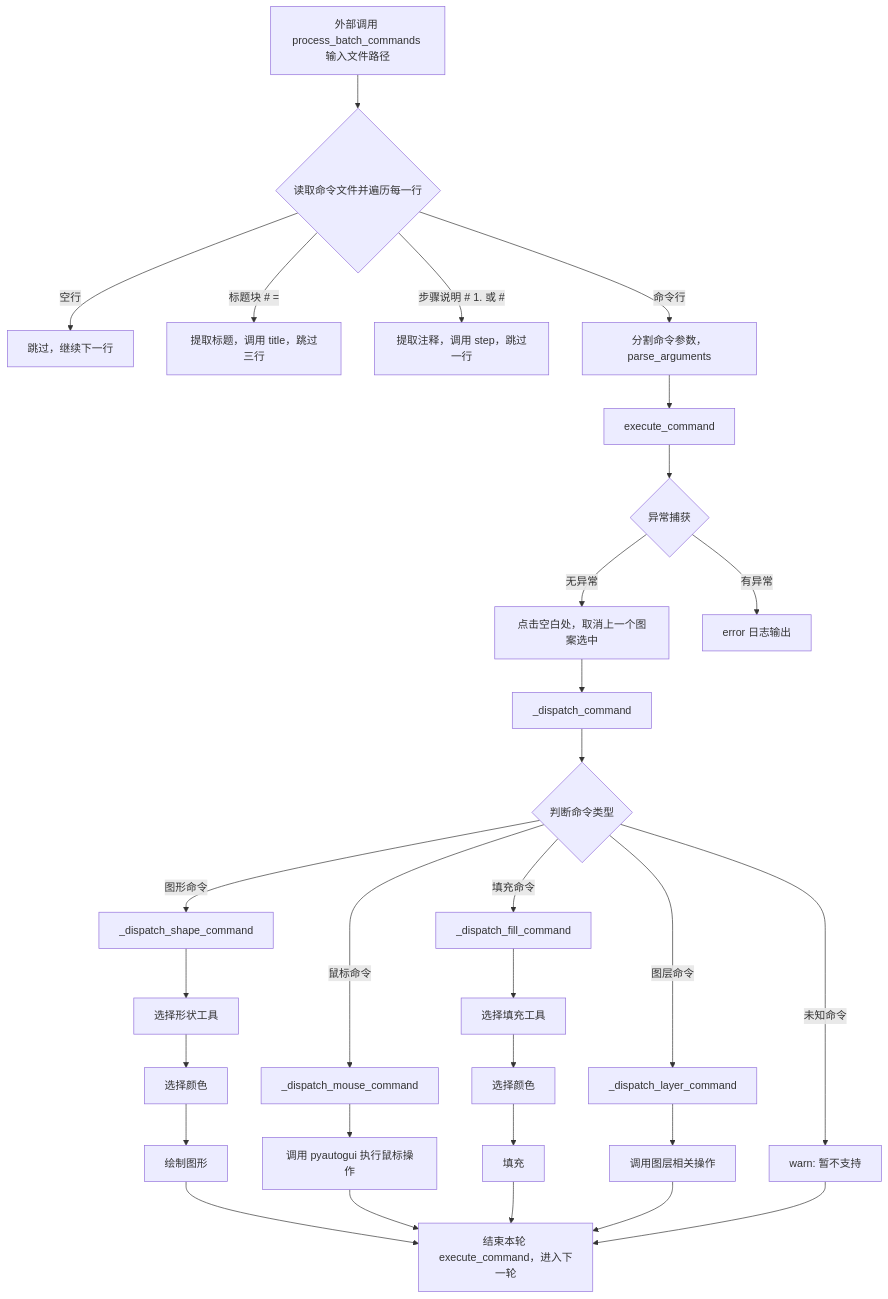
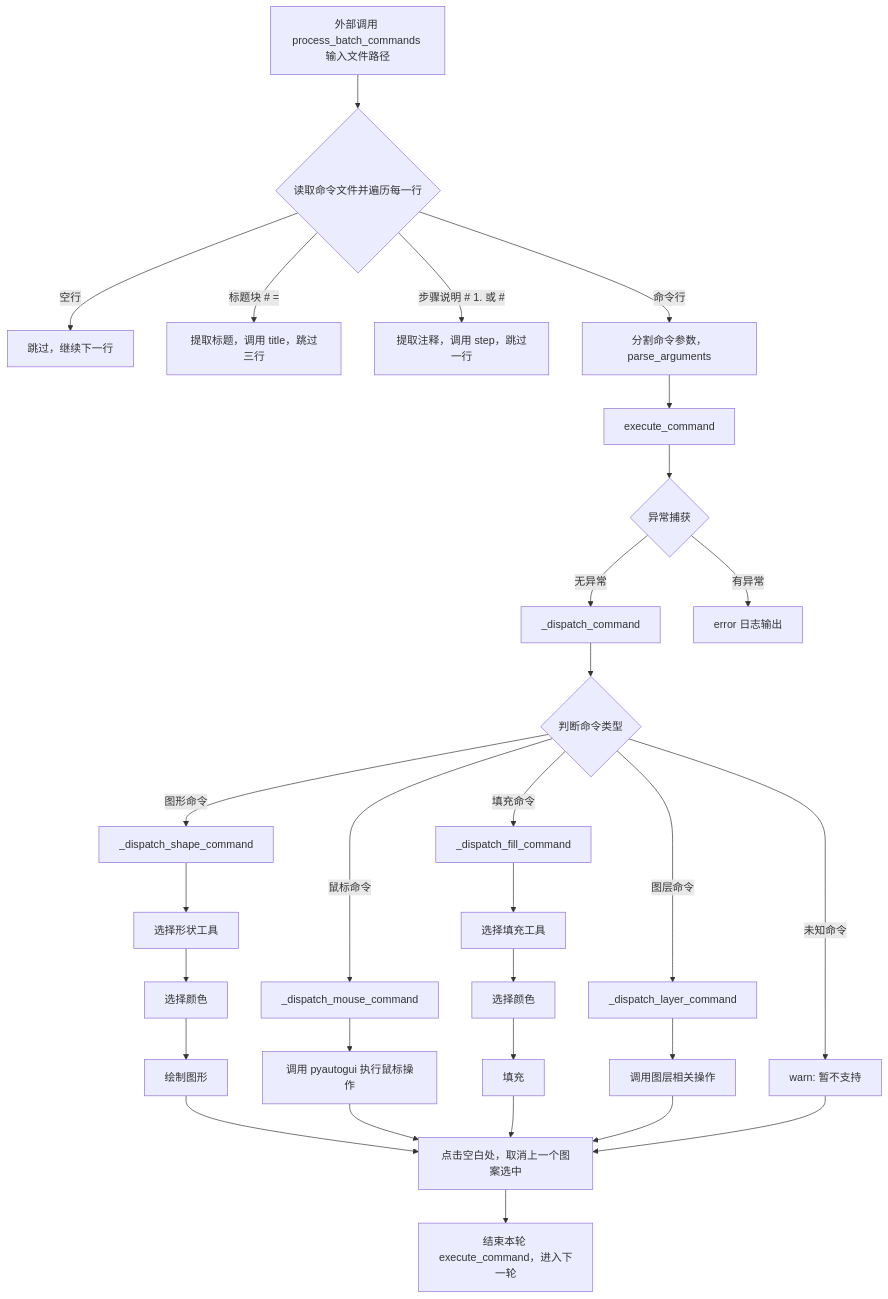
The diagram in docs/auto_drawer/流程图.md (buaa23371212/ThePainter), drawn with Mermaid before and after one commit. The commit also changed other lines of this file and 1 other file, not shown here.

Commit message:
update flowchart

````diff
--- a/docs/auto_drawer/流程图.md
+++ b/docs/auto_drawer/流程图.md
@@ -1,37 +3,40 @@
 ```mermaid
 flowchart TD
     A[外部调用 process_batch_commands 输入文件路径 ] --> B{读取命令文件并遍历每一行}
     B --> |空行| C[跳过，继续下一行]
     B --> |标题块 # = | D[提取标题，调用 title，跳过三行]
     B --> |步骤说明 # 1. 或 # | E[提取注释，调用 step，跳过一行]
     B --> |命令行| F[分割命令参数，parse_arguments]
     F --> G[execute_command]
+
     G --> H{异常捕获}
-    H --> |无异常| I1[点击空白处，取消上一个图案选中]
-    I1 --> I2[_dispatch_command]
+    H --> |无异常| I[_dispatch_command]
     H --> |有异常| J[error 日志输出]
-    I2 --> K{判断命令类型}
+
+    I --> K{判断命令类型}
     K --> |图形命令| L[_dispatch_shape_command]
     K --> |填充命令| M[_dispatch_fill_command]
     K --> |鼠标命令| N[_dispatch_mouse_command]
     K --> |图层命令| O[_dispatch_layer_command]
     K --> |未知命令| P[warn: 暂不支持]
     
     N --> Q[调用 pyautogui 执行鼠标操作]
 
     L --> R1[选择形状工具]
     R1 --> R2[选择颜色]
     R2 --> R3[绘制图形]
 
     M --> S1[选择填充工具]
     S1 --> S2[选择颜色]
     S2 --> S3[填充]
 
     O --> T[调用图层相关操作]
     
-    R3 --> U[结束本轮 execute_command，进入下一轮]
+    R3 --> U[点击空白处，取消上一个图案选中]
     Q --> U
     S3 --> U
     T --> U
     P --> U
+
+    U --> U2[结束本轮 execute_command，进入下一轮]
 ```
````
